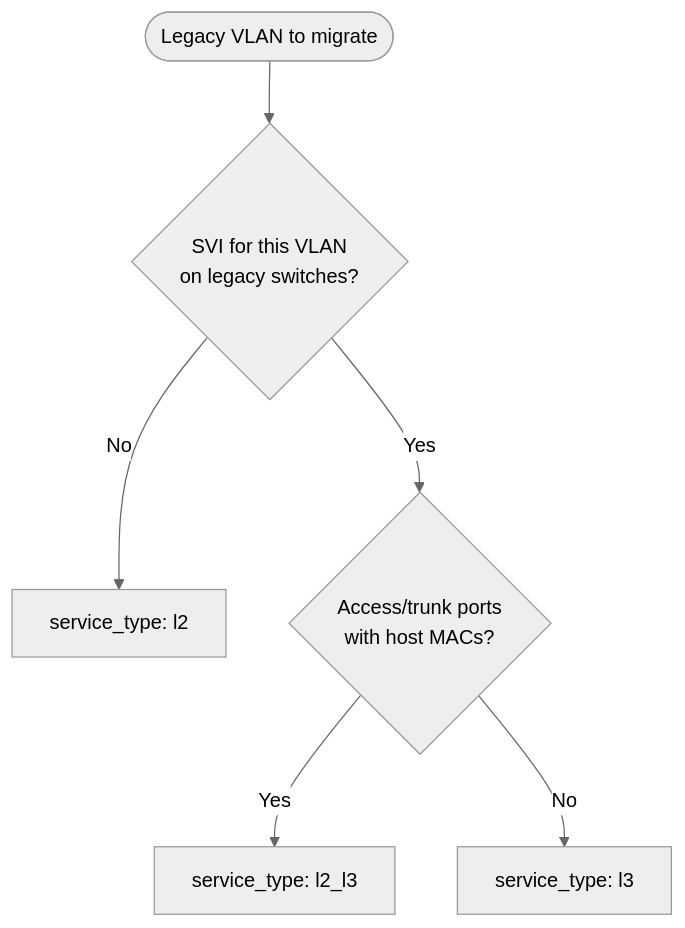
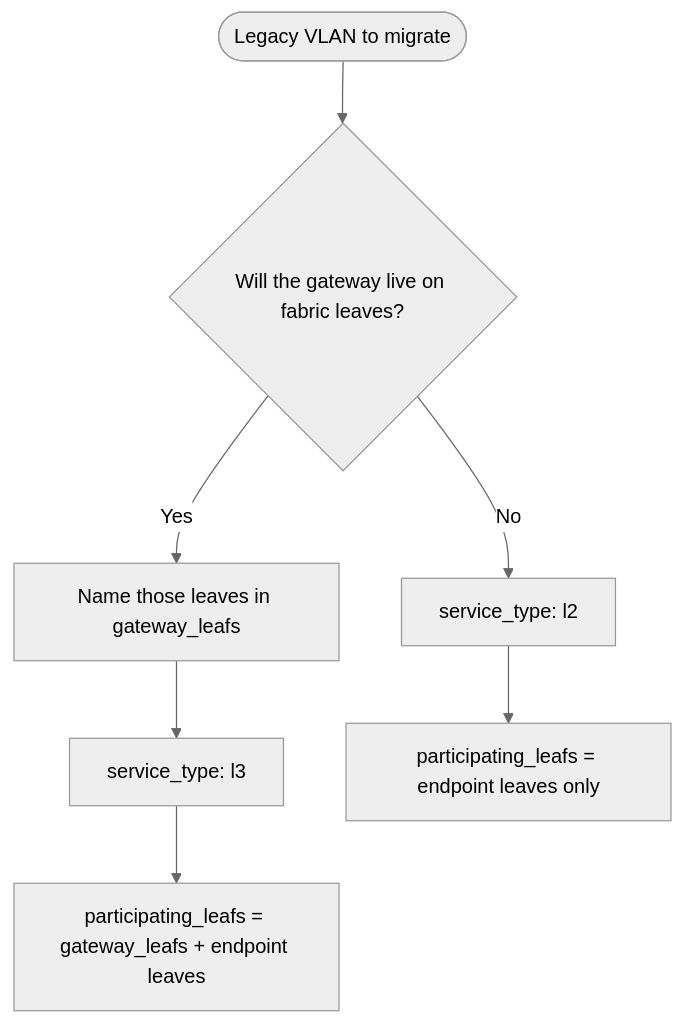
Before and after one commit to palmtra/vxlan-migration: the diagram in docs/VXLAN_SERVICE_TYPES.md, drawn with Mermaid (neutral theme). The commit also changed other lines of this file and 29 other files, not shown here.

First line of the commit message:
feat: classify leaves as participating or prune-eligible

````diff
--- a/docs/VXLAN_SERVICE_TYPES.md
+++ b/docs/VXLAN_SERVICE_TYPES.md
@@ -119,8 +84,9 @@
 ```mermaid
 flowchart TD
-    Start([Legacy VLAN to migrate]) --> SVI{SVI for this VLAN<br/>on legacy switches?}
-    SVI -- No --> L2[service_type: l2]
-    SVI -- Yes --> MACs{Access/trunk ports<br/>with host MACs?}
-    MACs -- Yes --> L2L3[service_type: l2_l3]
-    MACs -- No --> L3[service_type: l3]
+    Start([Legacy VLAN to migrate]) --> GW{Will the gateway live on fabric leaves?}
+    GW -- Yes --> Name[Name those leaves in gateway_leafs]
+    Name --> L3[service_type: l3]
+    GW -- No --> L2[service_type: l2]
+    L3 --> Place[participating_leafs = gateway_leafs + endpoint leaves]
+    L2 --> Place2[participating_leafs = endpoint leaves only]
 ```
````
